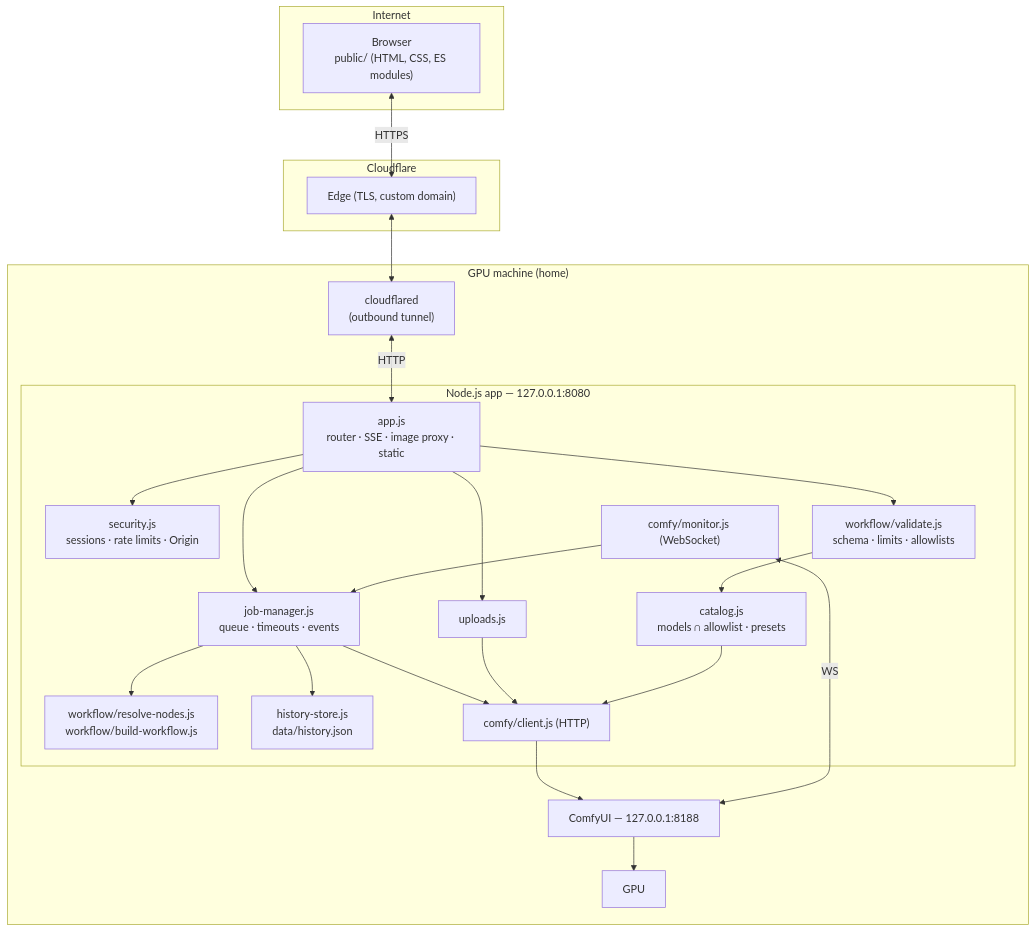
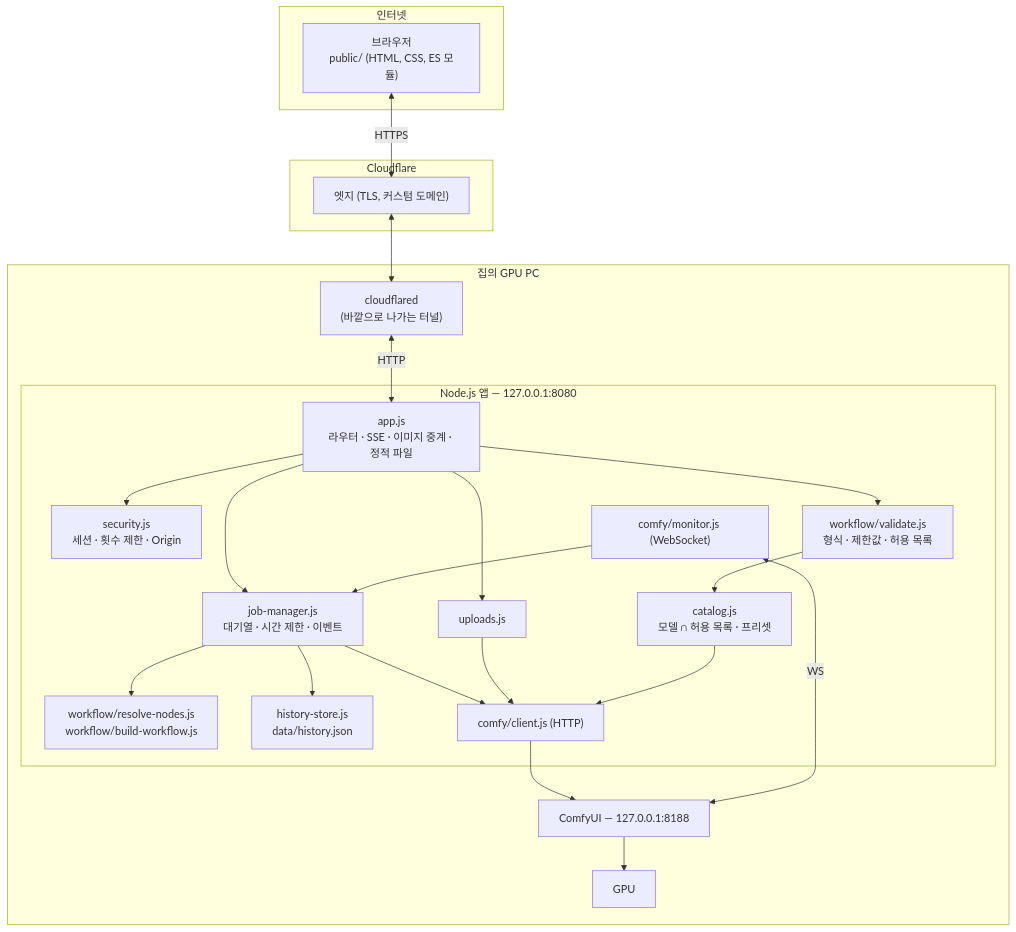
Before and after one commit to Bong0524/comfyui-mobile-studio: the first of 3 diagrams in docs/architecture.md, drawn with Mermaid. The commit also changed other lines of this file and 4 other files, not shown here.

````diff
--- a/docs/architecture.md
+++ b/docs/architecture.md
@@ -7,38 +9,38 @@
 ```mermaid
 flowchart TB
-    subgraph Internet
-        B["Browser<br/>public/ (HTML, CSS, ES modules)"]
+    subgraph Internet["인터넷"]
+        B["브라우저<br/>public/ (HTML, CSS, ES 모듈)"]
     end
     subgraph Cloudflare
-        E["Edge (TLS, custom domain)"]
+        E["엣지 (TLS, 커스텀 도메인)"]
     end
-    subgraph Host["GPU machine (home)"]
-        T["cloudflared<br/>(outbound tunnel)"]
-        subgraph App["Node.js app — 127.0.0.1:8080"]
-            R["app.js<br/>router · SSE · image proxy · static"]
-            S["security.js<br/>sessions · rate limits · Origin"]
-            V["workflow/validate.js<br/>schema · limits · allowlists"]
+    subgraph Host["집의 GPU PC"]
+        T["cloudflared<br/>(바깥으로 나가는 터널)"]
+        subgraph App["Node.js 앱 — 127.0.0.1:8080"]
+            R["app.js<br/>라우터 · SSE · 이미지 중계 · 정적 파일"]
+            S["security.js<br/>세션 · 횟수 제한 · Origin"]
+            V["workflow/validate.js<br/>형식 · 제한값 · 허용 목록"]
             W["workflow/resolve-nodes.js<br/>workflow/build-workflow.js"]
-            J["job-manager.js<br/>queue · timeouts · events"]
-            K["catalog.js<br/>models ∩ allowlist · presets"]
+            J["job-manager.js<br/>대기열 · 시간 제한 · 이벤트"]
+            K["catalog.js<br/>모델 ∩ 허용 목록 · 프리셋"]
             H["history-store.js<br/>data/history.json"]
             UP["uploads.js"]
             CC["comfy/client.js (HTTP)"]
             CM["comfy/monitor.js (WebSocket)"]
         end
         C["ComfyUI — 127.0.0.1:8188"]
         G["GPU"]
     end
 
     B <-->|HTTPS| E <--> T <-->|HTTP| R
     R --> S
     R --> V --> K
     R --> J --> W
     J --> CC --> C
     CM <-->|WS| C
     CM --> J
     J --> H
     R --> UP --> CC
     K --> CC
     C --> G
 ```
````
